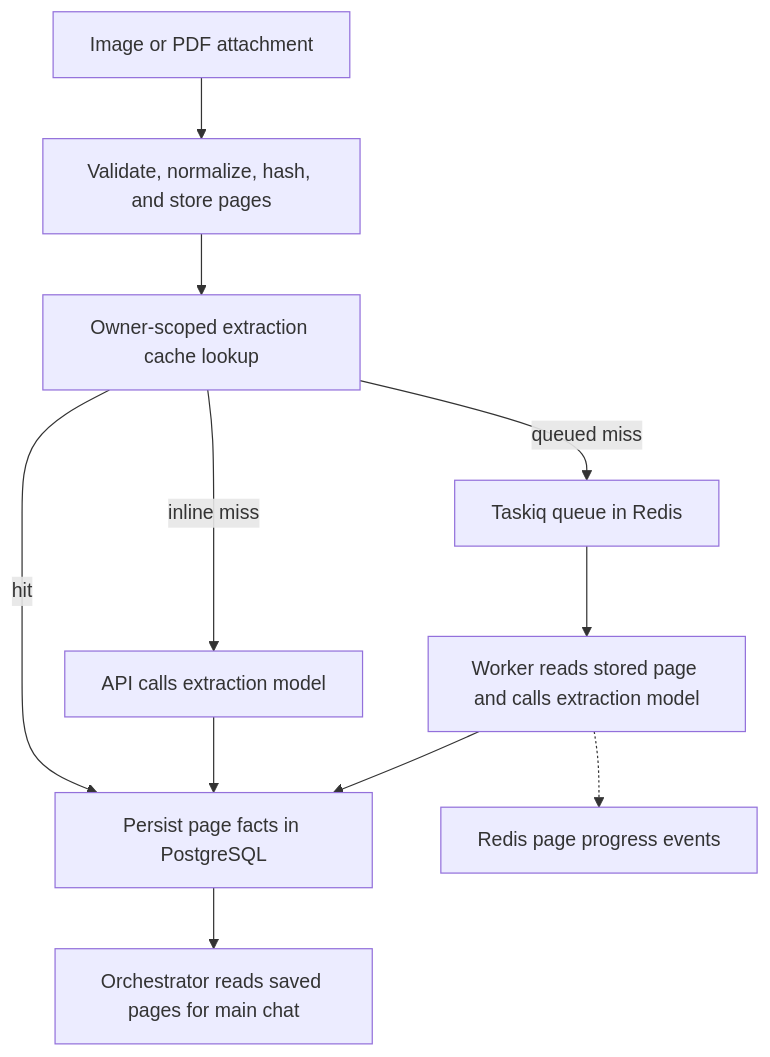
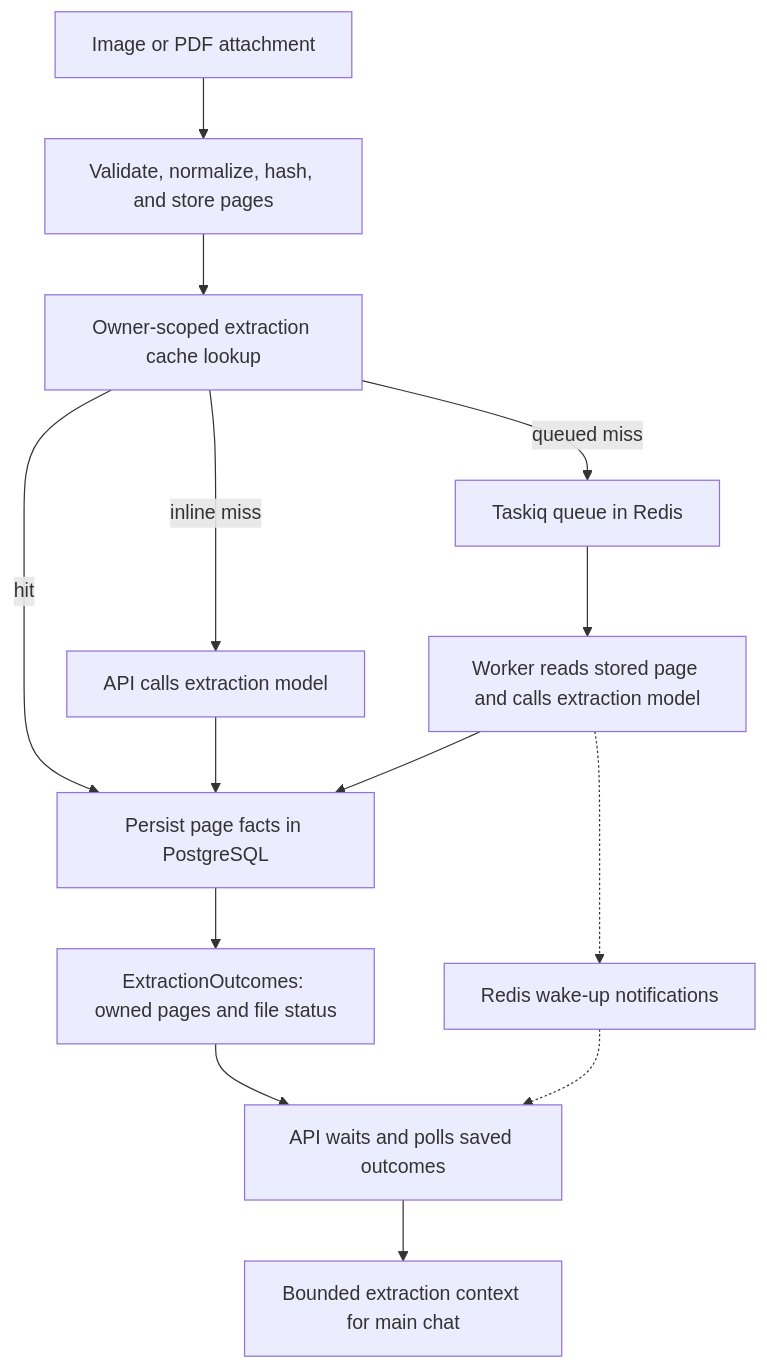
Before and after one commit to Yudhyy/Klaudia: the third of 3 diagrams in docs/docs/05-development/architecture/overview.mdx, drawn with Mermaid. The commit also changed other lines of this file and 2 other files, not shown here.

Commit message:
docs(architecture): define module ownership and migration sequence (#26)

````diff
--- a/docs/docs/05-development/architecture/overview.mdx
+++ b/docs/docs/05-development/architecture/overview.mdx
@@ -145,13 +154,16 @@
 ```mermaid
 flowchart TD
     Upload["Image or PDF attachment"] --> Prepare["Validate, normalize, hash, and store pages"]
     Prepare --> Cache["Owner-scoped extraction cache lookup"]
     Cache -->|hit| Saved["Persist page facts in PostgreSQL"]
     Cache -->|inline miss| Inline["API calls extraction model"]
     Inline --> Saved
     Cache -->|queued miss| Queue["Taskiq queue in Redis"]
     Queue --> Worker["Worker reads stored page and calls extraction model"]
     Worker --> Saved
-    Worker -.-> Progress["Redis page progress events"]
-    Saved --> Context["Orchestrator reads saved pages for main chat"]
+    Saved --> Outcomes["ExtractionOutcomes: owned pages and file status"]
+    Worker -.-> Progress["Redis wake-up notifications"]
+    Progress -.-> Wait["API waits and polls saved outcomes"]
+    Outcomes --> Wait
+    Wait --> Context["Bounded extraction context for main chat"]
 ```
````
